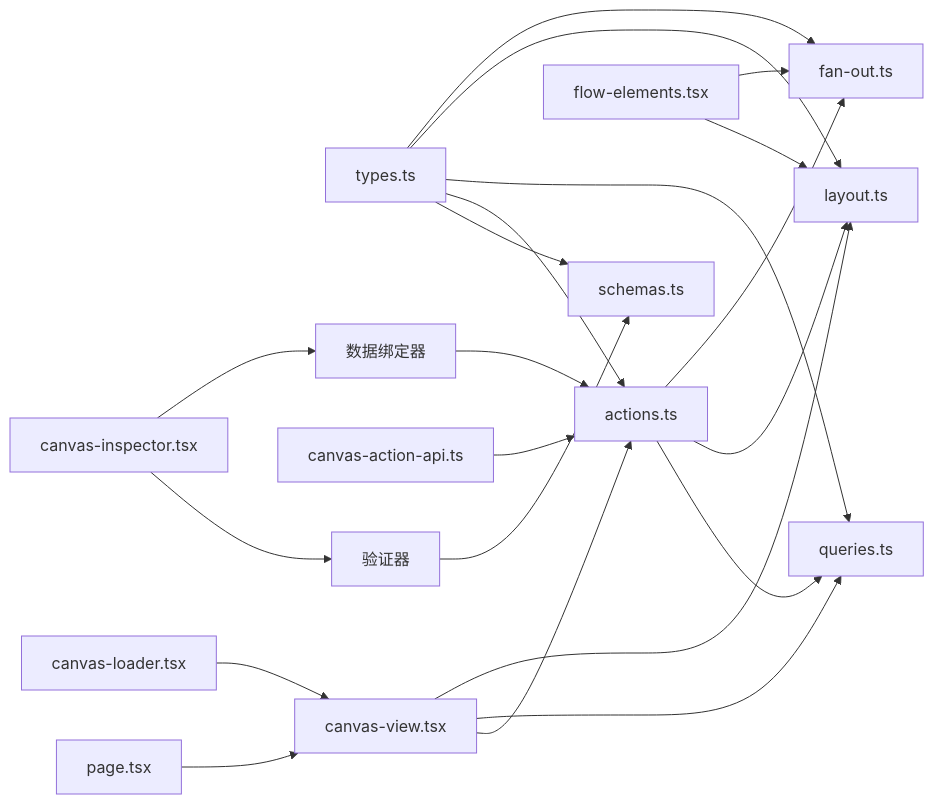
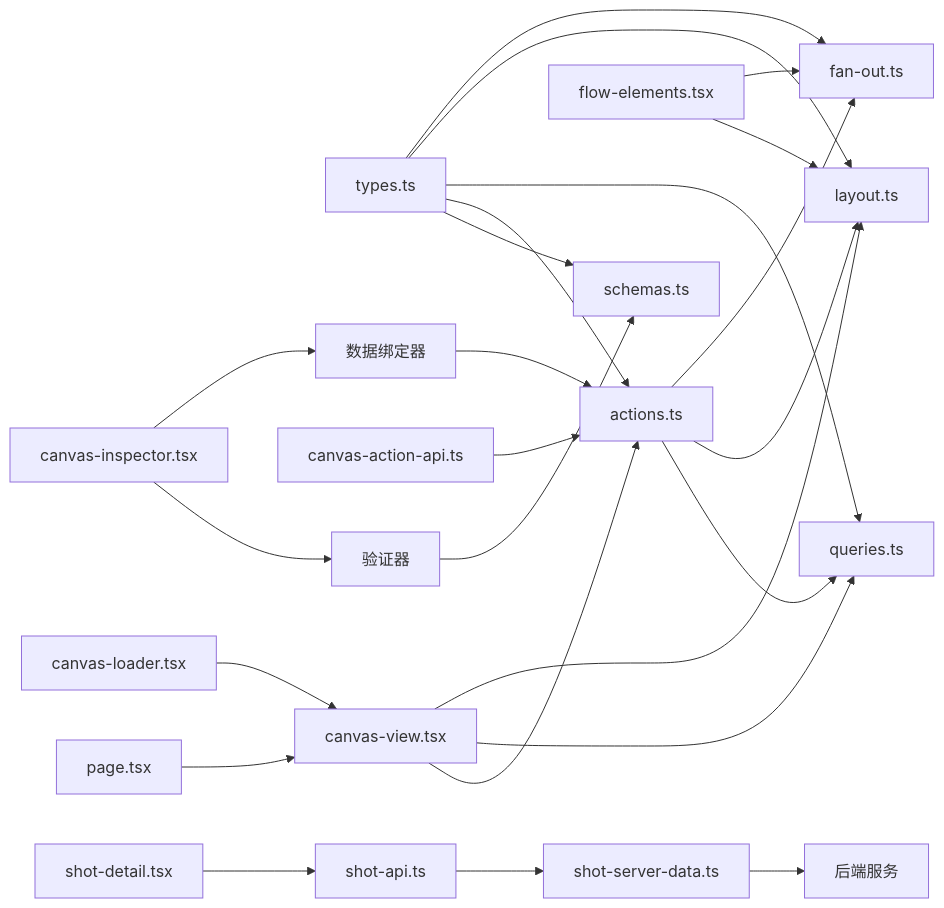
One commit to AIMFllyYS/code-video-canvas changed diagram 13 of 13 in .qoder/repowiki/zh/content/架构设计/核心模块设计/画布编辑器设计/画布编辑器设计.md. Above: the diagram before and after it, drawn with Mermaid. The commit also changed other lines of this file and 7 other files, not shown here.

````diff
--- a/.qoder/repowiki/zh/content/架构设计/核心模块设计/画布编辑器设计/画布编辑器设计.md
+++ b/.qoder/repowiki/zh/content/架构设计/核心模块设计/画布编辑器设计/画布编辑器设计.md
@@ -610,23 +692,26 @@
 ```mermaid
 graph LR
 Types["types.ts"] --> Schemas["schemas.ts"]
 Types --> Actions["actions.ts"]
 Types --> Queries["queries.ts"]
 Types --> Layout["layout.ts"]
 Types --> FanOut["fan-out.ts"]
 Actions --> Queries
 Actions --> Layout
 Actions --> FanOut
 UI_Page["page.tsx"] --> UI_View["canvas-view.tsx"]
 UI_Loader["canvas-loader.tsx"] --> UI_View
 UI_View --> Actions
 UI_View --> Queries
 UI_View --> Layout
 UI_Flow["flow-elements.tsx"] --> Layout
 UI_Flow --> FanOut
 UI_API["canvas-action-api.ts"] --> Actions
 UI_Inspector["canvas-inspector.tsx"] --> Validators["验证器"]
 UI_Inspector --> Binders["数据绑定器"]
 Validators --> Schemas
 Binders --> Actions
+Shot_Detail["shot-detail.tsx"] --> Shot_API["shot-api.ts"]
+Shot_API --> Shot_Server["shot-server-data.ts"]
+Shot_Server --> Backend["后端服务"]
 ```
````
